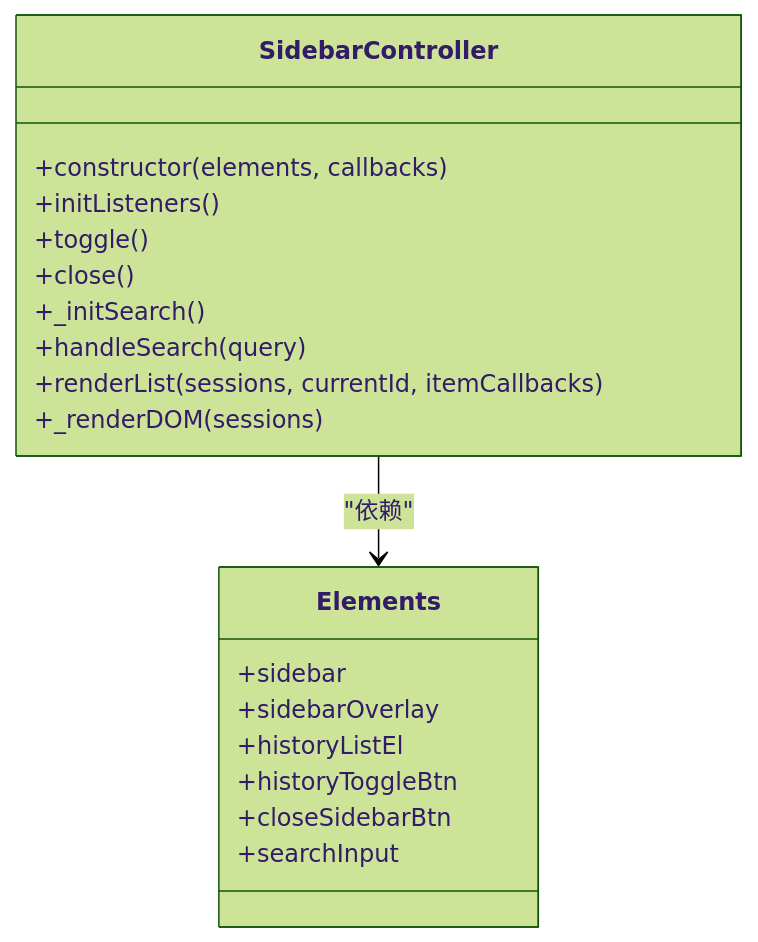
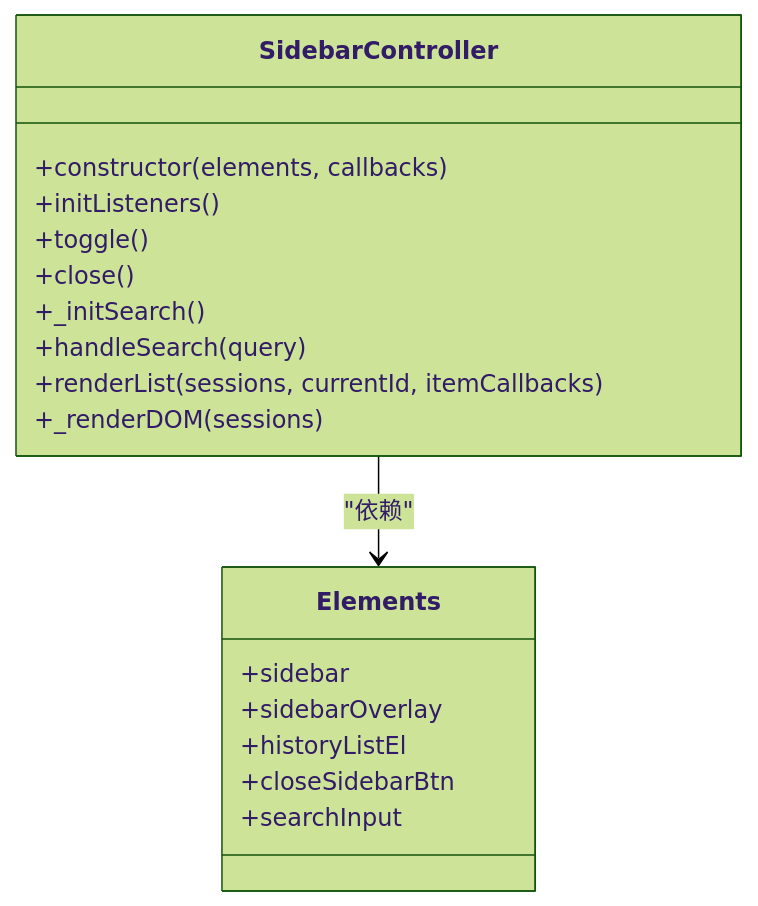
The fifth of 9 diagrams in .qoder/repowiki/zh/content/架构设计/整体架构/Sandbox沙箱环境/沙箱UI渲染.md (SEVENTEEN-TAN/gemini-nexus), drawn with Mermaid (forest theme) before and after one commit. The commit also changed other lines of this file and 16 other files, not shown here.

````diff
--- a/.qoder/repowiki/zh/content/架构设计/整体架构/Sandbox沙箱环境/沙箱UI渲染.md
+++ b/.qoder/repowiki/zh/content/架构设计/整体架构/Sandbox沙箱环境/沙箱UI渲染.md
@@ -205,22 +241,21 @@
 ```mermaid
 classDiagram
 class SidebarController {
 +constructor(elements, callbacks)
 +initListeners()
 +toggle()
 +close()
 +_initSearch()
 +handleSearch(query)
 +renderList(sessions, currentId, itemCallbacks)
 +_renderDOM(sessions)
 }
 class Elements {
 +sidebar
 +sidebarOverlay
 +historyListEl
-+historyToggleBtn
 +closeSidebarBtn
 +searchInput
 }
 SidebarController --> Elements : "依赖"
 ```
````
